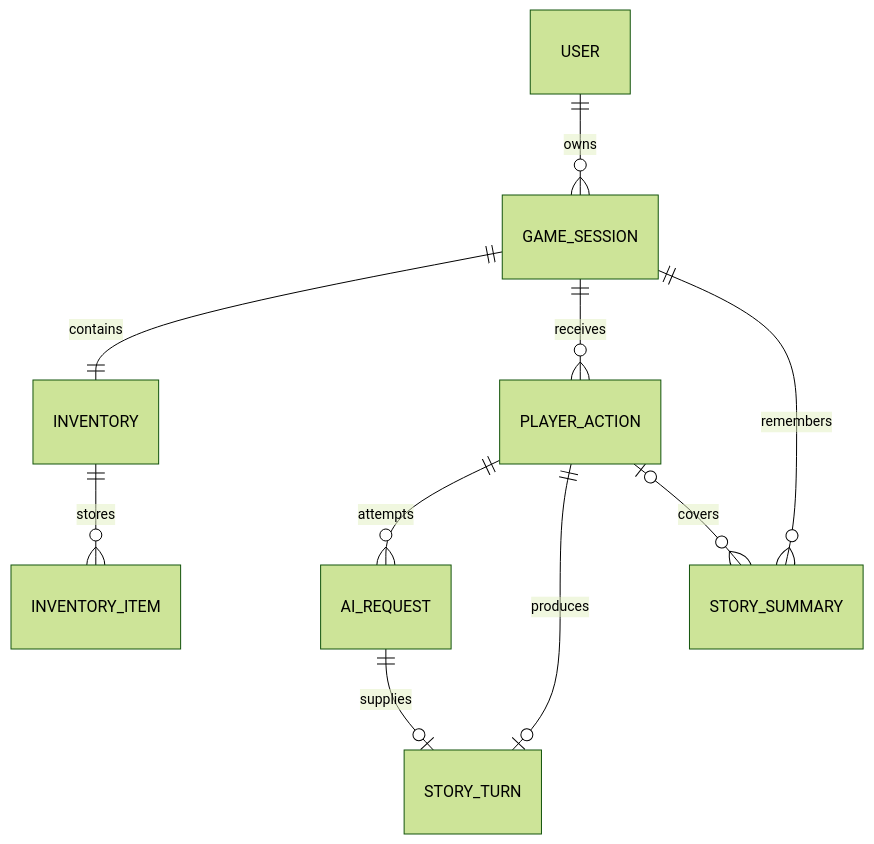
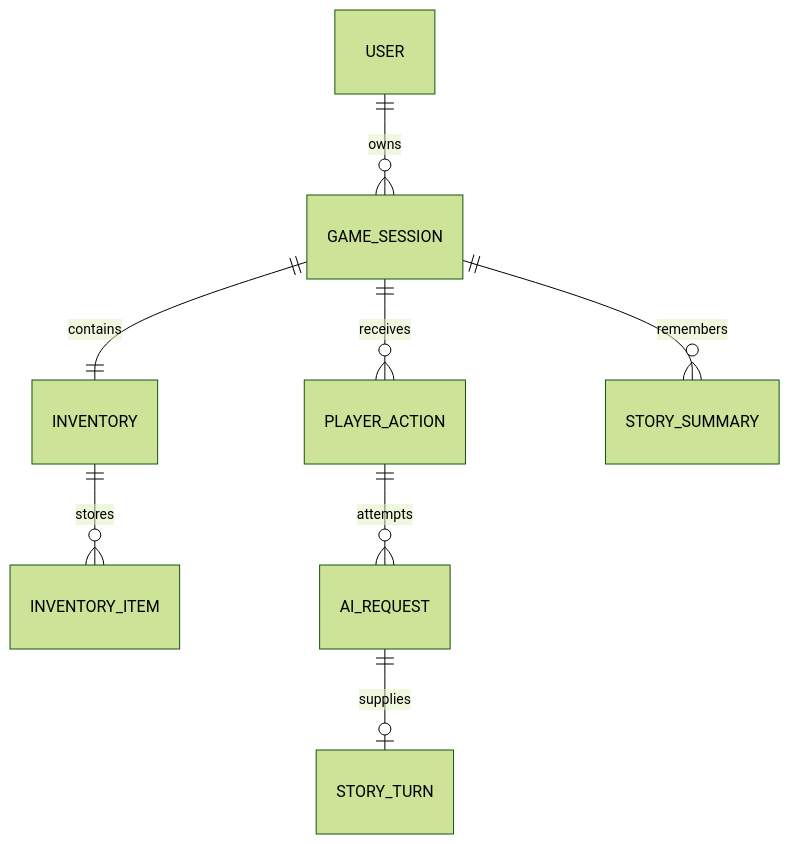
One commit to ZheleznikovNikita/RPI changed the diagram in docs/data_model.md. Above: the diagram before and after it, drawn with Mermaid (forest theme). The commit also changed other lines of this file and 14 other files, not shown here.

````diff
--- a/docs/data_model.md
+++ b/docs/data_model.md
@@ -7,12 +7,10 @@
 ```mermaid
 erDiagram
     USER ||--o{ GAME_SESSION : owns
     GAME_SESSION ||--|| INVENTORY : contains
     INVENTORY ||--o{ INVENTORY_ITEM : stores
     GAME_SESSION ||--o{ PLAYER_ACTION : receives
     PLAYER_ACTION ||--o{ AI_REQUEST : attempts
-    PLAYER_ACTION ||--o| STORY_TURN : produces
     AI_REQUEST ||--o| STORY_TURN : supplies
     GAME_SESSION ||--o{ STORY_SUMMARY : remembers
-    PLAYER_ACTION |o--o{ STORY_SUMMARY : covers
 ```
````
